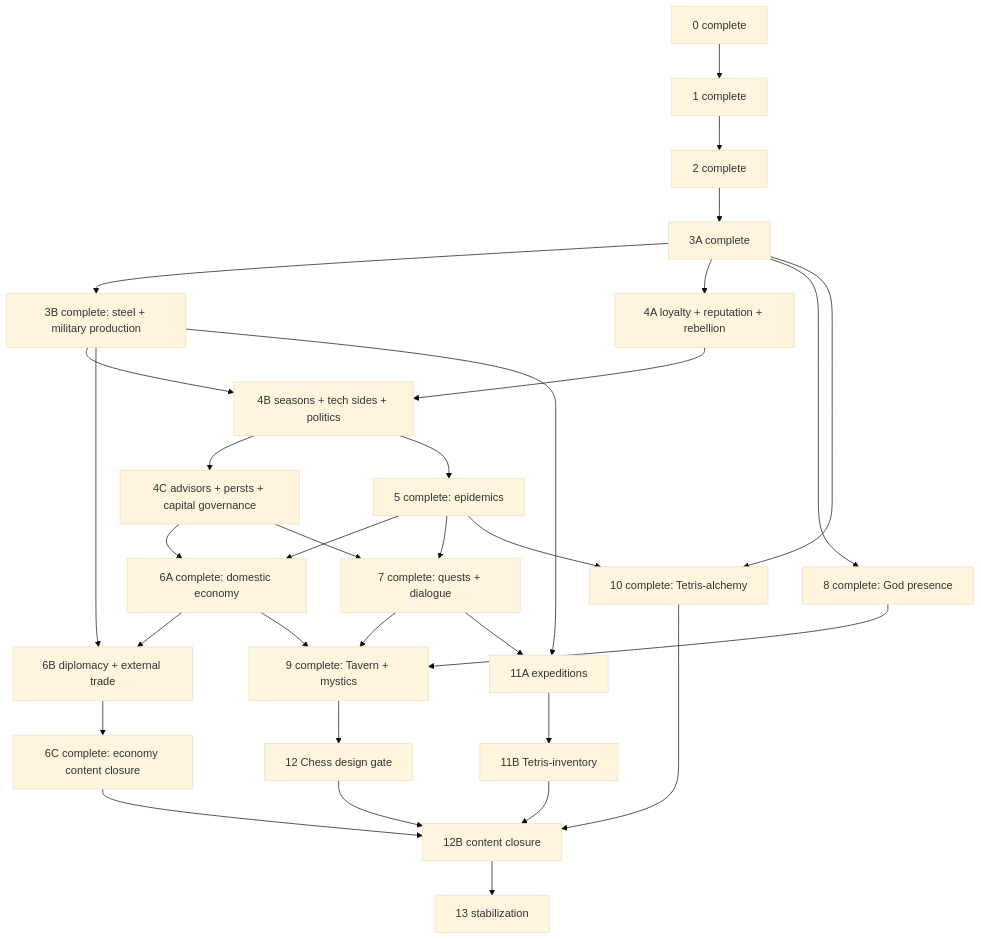
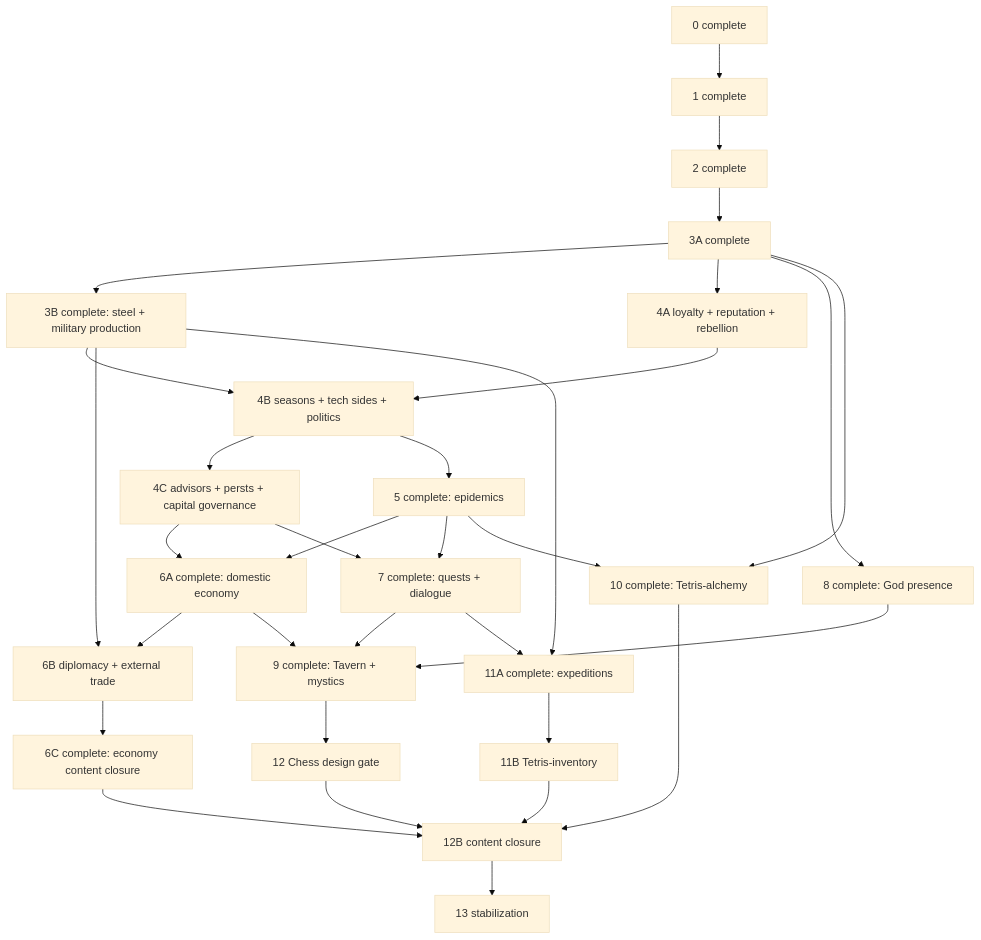
The diagram in plans/empires-endgame/README.md (akulihin/King-of-the-Garbage-Hill), drawn with Mermaid (base theme) before and after one commit. The commit also changed other lines of this file and 34 other files, not shown here.

````diff
--- a/plans/empires-endgame/README.md
+++ b/plans/empires-endgame/README.md
@@ -100,34 +105,34 @@
 ```mermaid
 graph TD
   P0[0 complete] --> P1[1 complete]
   P1 --> P2[2 complete]
   P2 --> P3A[3A complete]
   P3A --> P3B[3B complete: steel + military production]
   P3A --> P4A[4A loyalty + reputation + rebellion]
   P3B --> P4B[4B seasons + tech sides + politics]
   P4A --> P4B
   P4B --> P4C[4C advisors + persts + capital governance]
   P4B --> P5[5 complete: epidemics]
   P4C --> P6A[6A complete: domestic economy]
   P5 --> P6A
   P3B --> P6B[6B diplomacy + external trade]
   P6A --> P6B
   P6B --> P6C[6C complete: economy content closure]
   P5 --> P7[7 complete: quests + dialogue]
   P4C --> P7
   P3A --> P8[8 complete: God presence]
   P6A --> P9[9 complete: Tavern + mystics]
   P7 --> P9
   P8 --> P9
   P3A --> P10[10 complete: Tetris-alchemy]
   P5 --> P10
-  P3B --> P11A[11A expeditions]
+  P3B --> P11A[11A complete: expeditions]
   P7 --> P11A
   P11A --> P11B[11B Tetris-inventory]
   P9 --> P12[12 Chess design gate]
   P6C --> P12B[12B content closure]
   P10 --> P12B
   P11B --> P12B
   P12 --> P12B
   P12B --> P13[13 stabilization]
 ```
````
